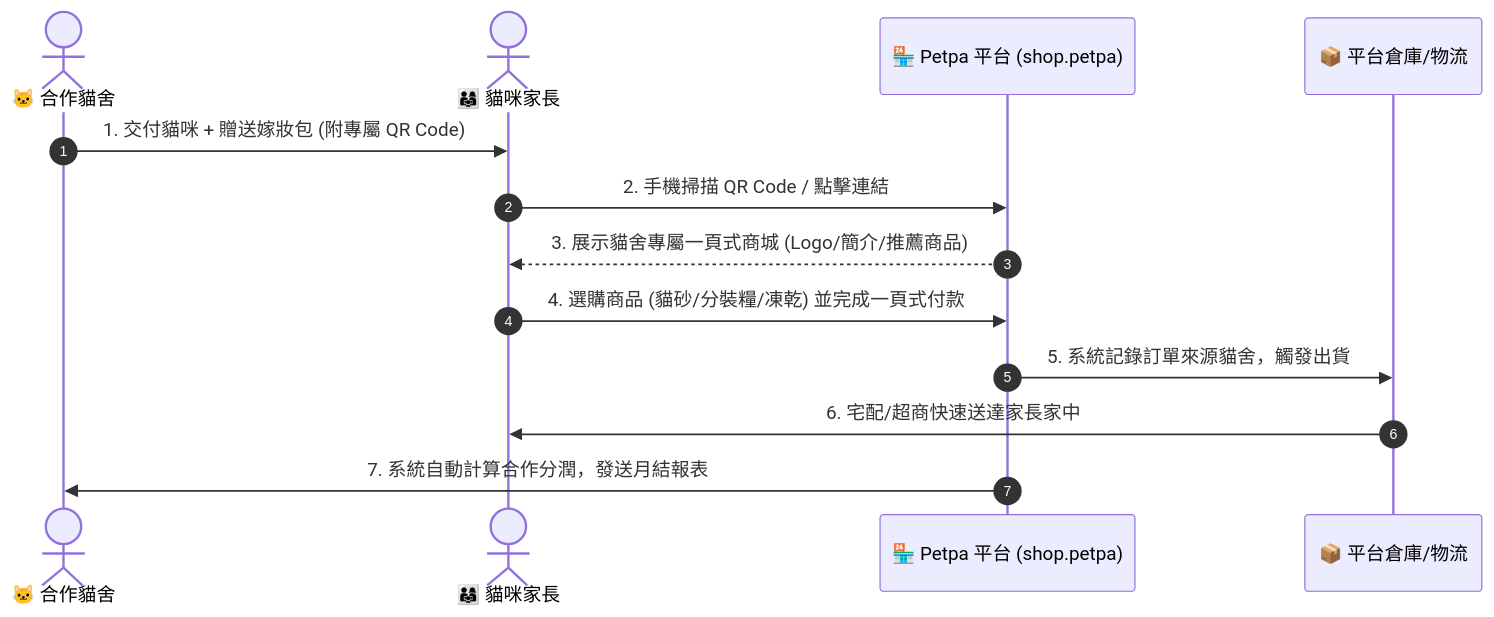
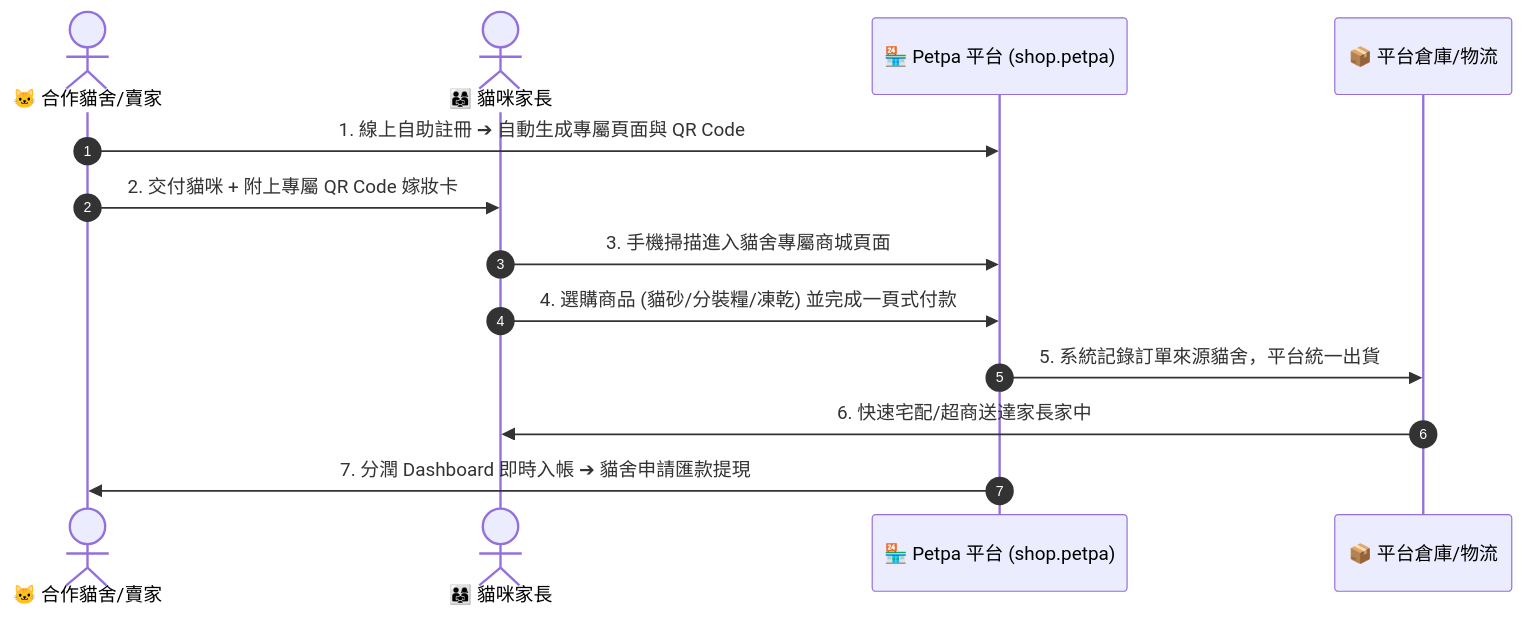
The diagram in OVERVIEW.md (steve-shih/Petpa), drawn with Mermaid before and after one commit. The commit also changed other lines of this file and 2 other files, not shown here.

Commit message:
docs: add self-service partner registration, centralized product control, and Ant Design commission dashboard specs

````diff
--- a/OVERVIEW.md
+++ b/OVERVIEW.md
@@ -26,16 +27,16 @@
 ```mermaid
 sequenceDiagram
     autonumber
-    actor Cattery as 🐱 合作貓舍
+    actor Cattery as 🐱 合作貓舍/賣家
     actor Owner as 👨‍👩‍👧 貓咪家長
     participant Platform as 🏪 Petpa 平台 (shop.petpa)
     participant Warehouse as 📦 平台倉庫/物流
 
-    Cattery->>Owner: 1. 交付貓咪 + 贈送嫁妝包 (附專屬 QR Code)
-    Owner->>Platform: 2. 手機掃描 QR Code / 點擊連結
-    Platform-->>Owner: 3. 展示貓舍專屬一頁式商城 (Logo/簡介/推薦商品)
+    Cattery->>Platform: 1. 線上自助註冊 ➔ 自動生成專屬頁面與 QR Code
+    Cattery->>Owner: 2. 交付貓咪 + 附上專屬 QR Code 嫁妝卡
+    Owner->>Platform: 3. 手機掃描進入貓舍專屬商城頁面
     Owner->>Platform: 4. 選購商品 (貓砂/分裝糧/凍乾) 並完成一頁式付款
-    Platform->>Warehouse: 5. 系統記錄訂單來源貓舍，觸發出貨
-    Warehouse->>Owner: 6. 宅配/超商快速送達家長家中
-    Platform->>Cattery: 7. 系統自動計算合作分潤，發送月結報表
+    Platform->>Warehouse: 5. 系統記錄訂單來源貓舍，平台統一出貨
+    Warehouse->>Owner: 6. 快速宅配/超商送達家長家中
+    Platform->>Cattery: 7. 分潤 Dashboard 即時入帳 ➔ 貓舍申請匯款提現
 ```
````
